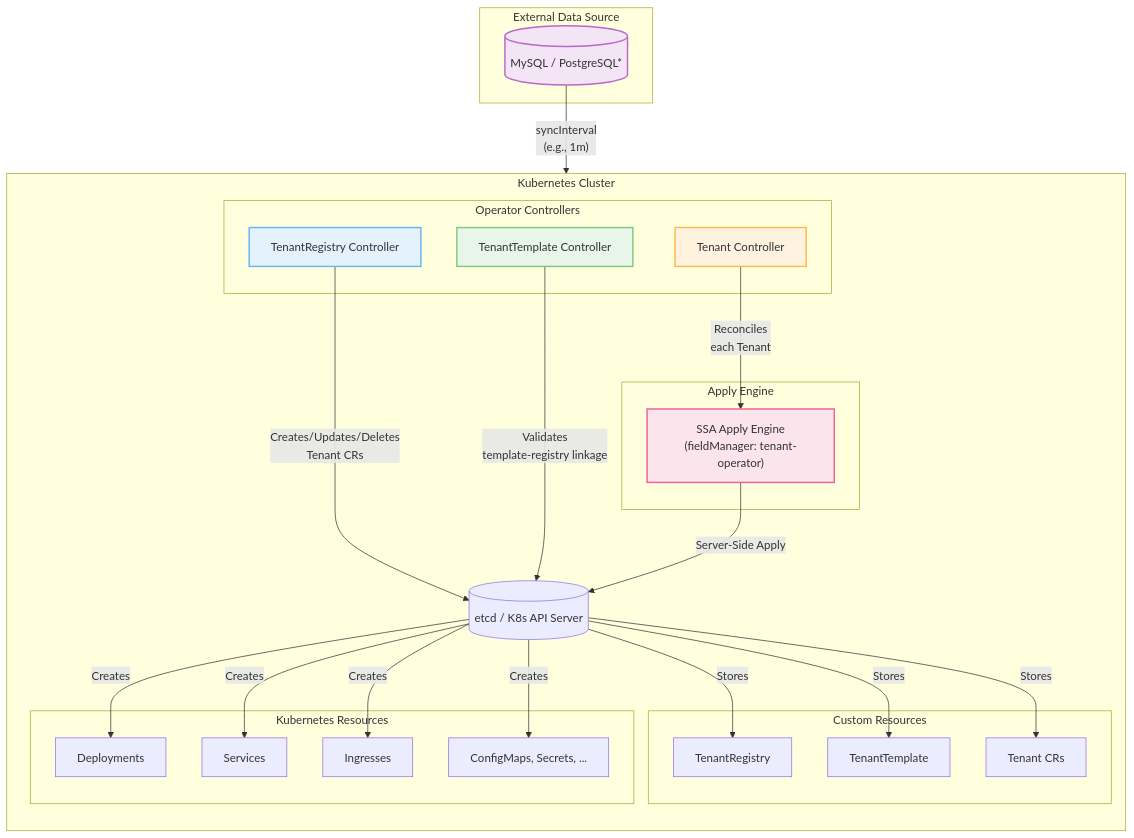
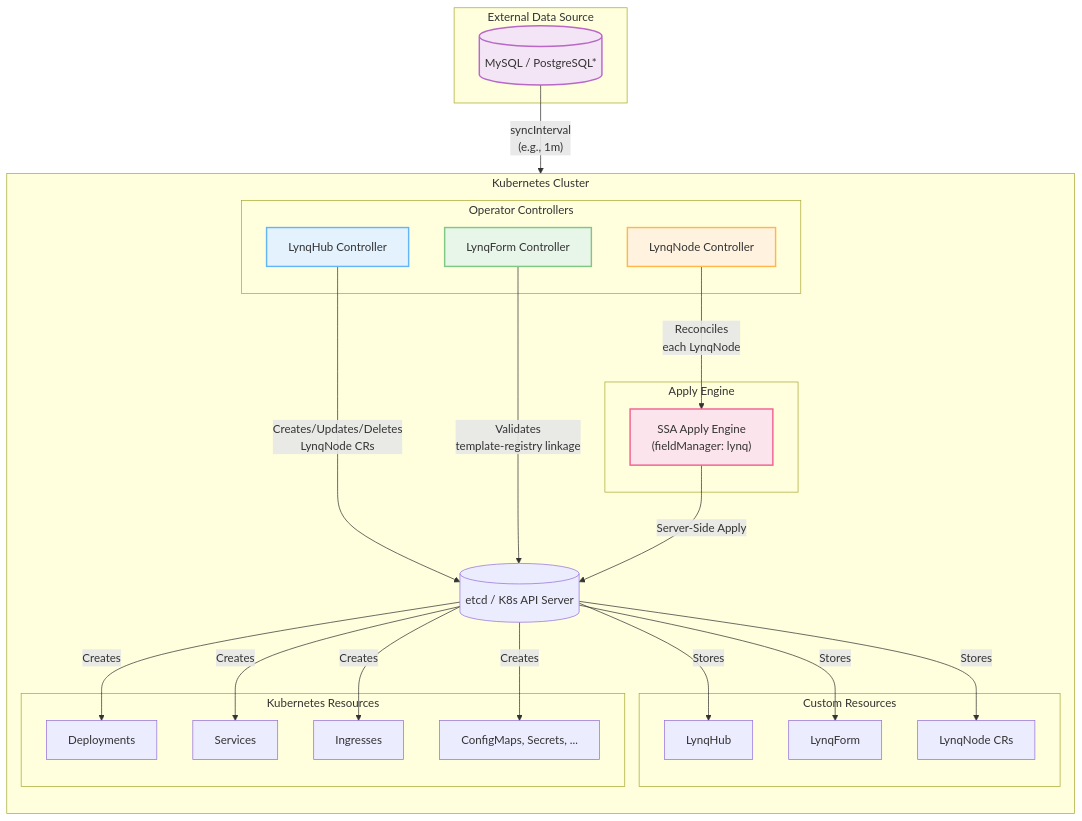
One commit to kubernetes-tenants/tenant-operator changed the first of 2 diagrams in docs/architecture.md. Above: the diagram before and after it, drawn with Mermaid. The commit also changed other lines of this file and 203 other files, not shown here.

First line of the commit message:
feat!: Complete terminology migration from tenant-operator to Lynq

````diff
--- a/docs/architecture.md
+++ b/docs/architecture.md
@@ -7,56 +7,56 @@
 ```mermaid
 flowchart TB
     subgraph External["External Data Source"]
         DB[(MySQL / PostgreSQL*)]
     end
 
     subgraph Cluster["Kubernetes Cluster"]
         direction TB
 
         subgraph Controllers["Operator Controllers"]
-            RC[TenantRegistry Controller]
-            TC[TenantTemplate Controller]
-            TNC[Tenant Controller]
+            RC[LynqHub Controller]
+            TC[LynqForm Controller]
+            TNC[LynqNode Controller]
         end
 
         subgraph CRDs["Custom Resources"]
-            TR[TenantRegistry]
-            TT[TenantTemplate]
-            T[Tenant CRs]
+            TR[LynqHub]
+            TT[LynqForm]
+            T[LynqNode CRs]
         end
 
         subgraph Engine["Apply Engine"]
-            SSA["SSA Apply Engine<br/>(fieldManager: tenant-operator)"]
+            SSA["SSA Apply Engine<br/>(fieldManager: lynq)"]
         end
 
         subgraph Resources["Kubernetes Resources"]
             DEP[Deployments]
             SVC[Services]
             ING[Ingresses]
             etc[ConfigMaps, Secrets, ...]
         end
 
         API[(etcd / K8s API Server)]
     end
 
     DB -->|"syncInterval<br/>(e.g., 1m)"| RC
-    RC -->|"Creates/Updates/Deletes<br/>Tenant CRs"| API
+    RC -->|"Creates/Updates/Deletes<br/>LynqNode CRs"| API
     API -->|"Stores"| TR
     API -->|"Stores"| TT
     API -->|"Stores"| T
 
     TC -->|"Validates<br/>template-registry linkage"| API
-    TNC -->|"Reconciles<br/>each Tenant"| SSA
+    TNC -->|"Reconciles<br/>each LynqNode"| SSA
     SSA -->|"Server-Side Apply"| API
 
     API -->|"Creates"| DEP
     API -->|"Creates"| SVC
     API -->|"Creates"| ING
     API -->|"Creates"| etc
 
     style RC fill:#e3f2fd,stroke:#64b5f6,stroke-width:2px
     style TC fill:#e8f5e9,stroke:#81c784,stroke-width:2px
     style TNC fill:#fff3e0,stroke:#ffb74d,stroke-width:2px
     style SSA fill:#fce4ec,stroke:#f06292,stroke-width:2px
     style DB fill:#f3e5f5,stroke:#ba68c8,stroke-width:2px
 ```
````
